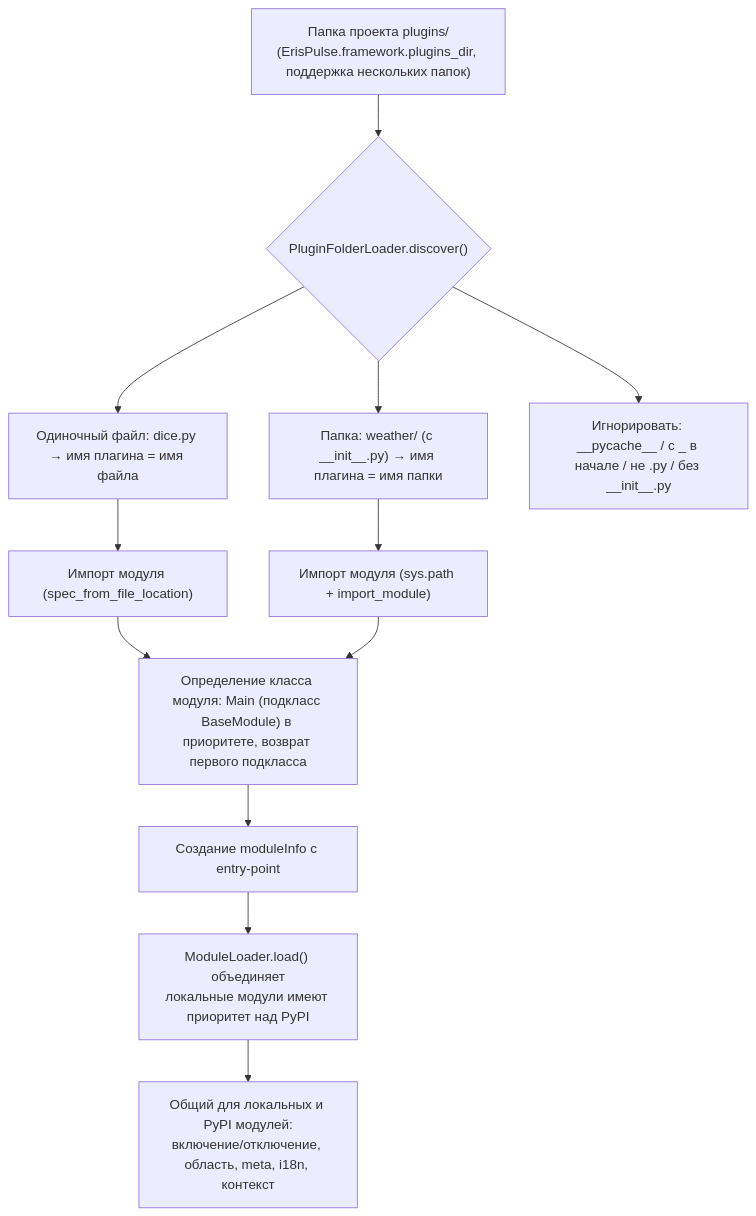
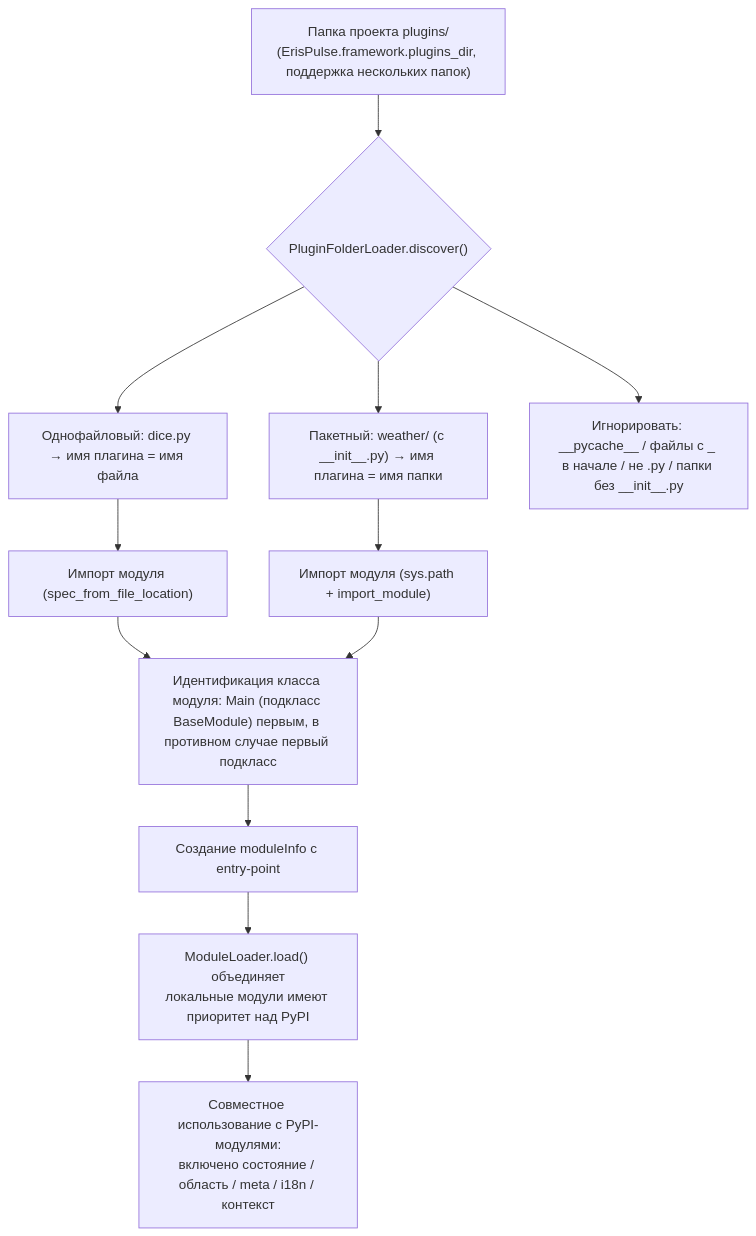
One commit to ErisPulse/ErisPulse changed the eighth of 9 diagrams in docs/ru/architecture.md. Above: the diagram before and after it, drawn with Mermaid. The commit also changed other lines of this file and 622 other files, not shown here.

````diff
--- a/docs/ru/architecture.md
+++ b/docs/ru/architecture.md
@@ -258,14 +257,14 @@
 ```mermaid
 flowchart TD
     A["Папка проекта plugins/<br/>(ErisPulse.framework.plugins_dir, поддержка нескольких папок)"] --> B{"PluginFolderLoader.discover()"}
-    B --> C["Одиночный файл: dice.py → имя плагина = имя файла"]
-    B --> D["Папка: weather/ (с __init__.py) → имя плагина = имя папки"]
-    B --> E["Игнорировать: __pycache__ / с _ в начале / не .py / без __init__.py"]
+    B --> C["Однофайловый: dice.py → имя плагина = имя файла"]
+    B --> D["Пакетный: weather/ (с __init__.py) → имя плагина = имя папки"]
+    B --> E["Игнорировать: __pycache__ / файлы с _ в начале / не .py / папки без __init__.py"]
     C --> F["Импорт модуля (spec_from_file_location)"]
     D --> G["Импорт модуля (sys.path + import_module)"]
-    F --> H["Определение класса модуля: Main (подкласс BaseModule) в приоритете, возврат первого подкласса"]
+    F --> H["Идентификация класса модуля: Main (подкласс BaseModule) первым, в противном случае первый подкласс"]
     G --> H
     H --> I["Создание moduleInfo с entry-point"]
     I --> J["ModuleLoader.load() объединяет<br/>локальные модули имеют приоритет над PyPI"]
-    J --> K["Общий для локальных и PyPI модулей:<br/>включение/отключение, область, meta, i18n, контекст"]
+    J --> K["Совместное использование с PyPI-модулями:<br/>включено состояние / область / meta / i18n / контекст"]
 ```
````
